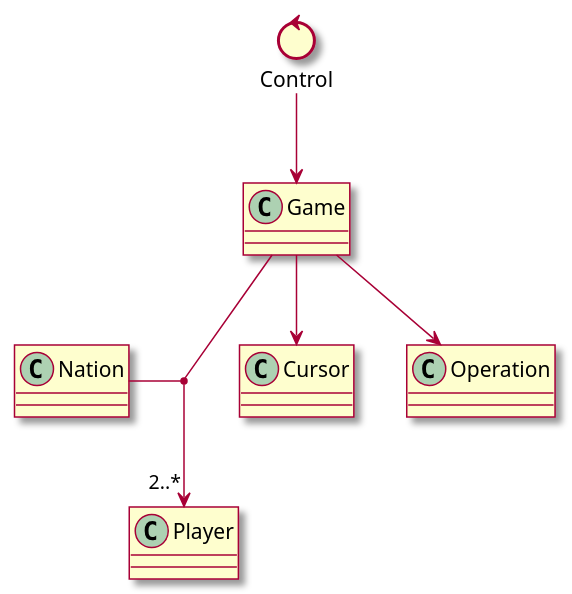
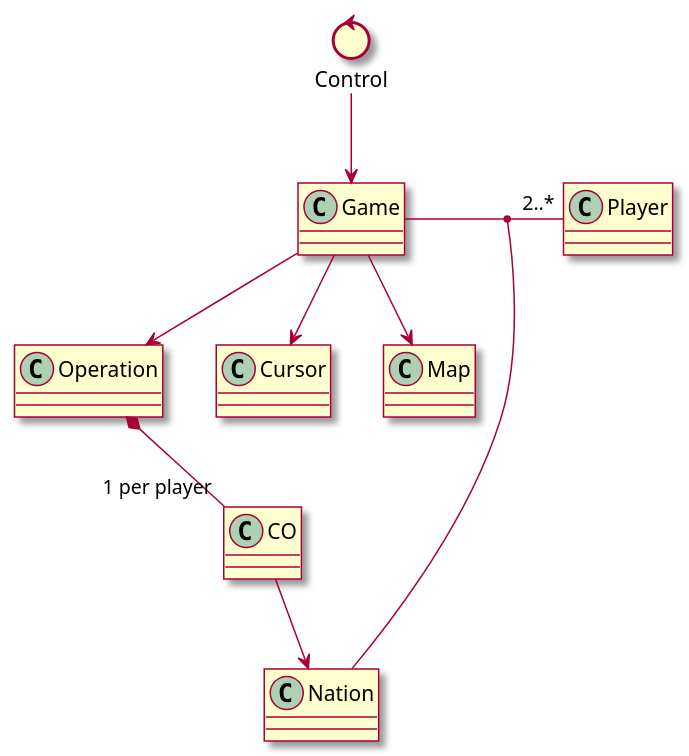
One commit to RicardoGuzmanVelasco/AdvanceWars changed the diagram in Assets/AdvanceWars/Documentation~/OperationPlusGameClasses.puml. Above: the diagram before and after it, drawn with PlantUML. The commit also changed 1 other file, not shown here.

Commit message:
docs: update operation classes diagram

```diff
--- a/Assets/AdvanceWars/Documentation~/OperationPlusGameClasses.puml
+++ b/Assets/AdvanceWars/Documentation~/OperationPlusGameClasses.puml
@@ -1,20 +1,18 @@
 @startuml
 allowmixing
 skin rose
 
-class Cursor
-class Operation
-
-class Game
-class Player
-
 control Control
 
-Game --> "2..*" Player
-Nation -- (Game, Player)
+Game - "2..*" Player
+(Player, Game) - Nation
 
 Game --> Operation
 Game --> Cursor
+Game --> Map
 
 Control --> Game
+
+Operation *-- "1 per player" CO
+CO --> Nation
 @enduml
```
